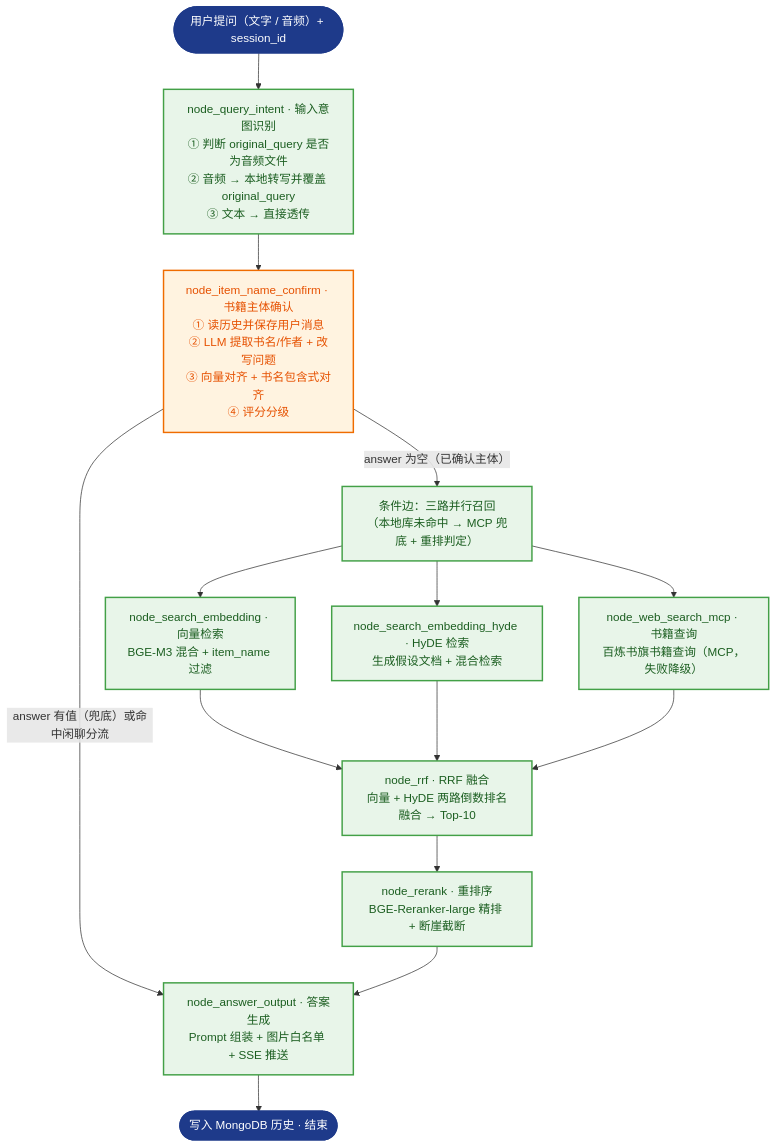
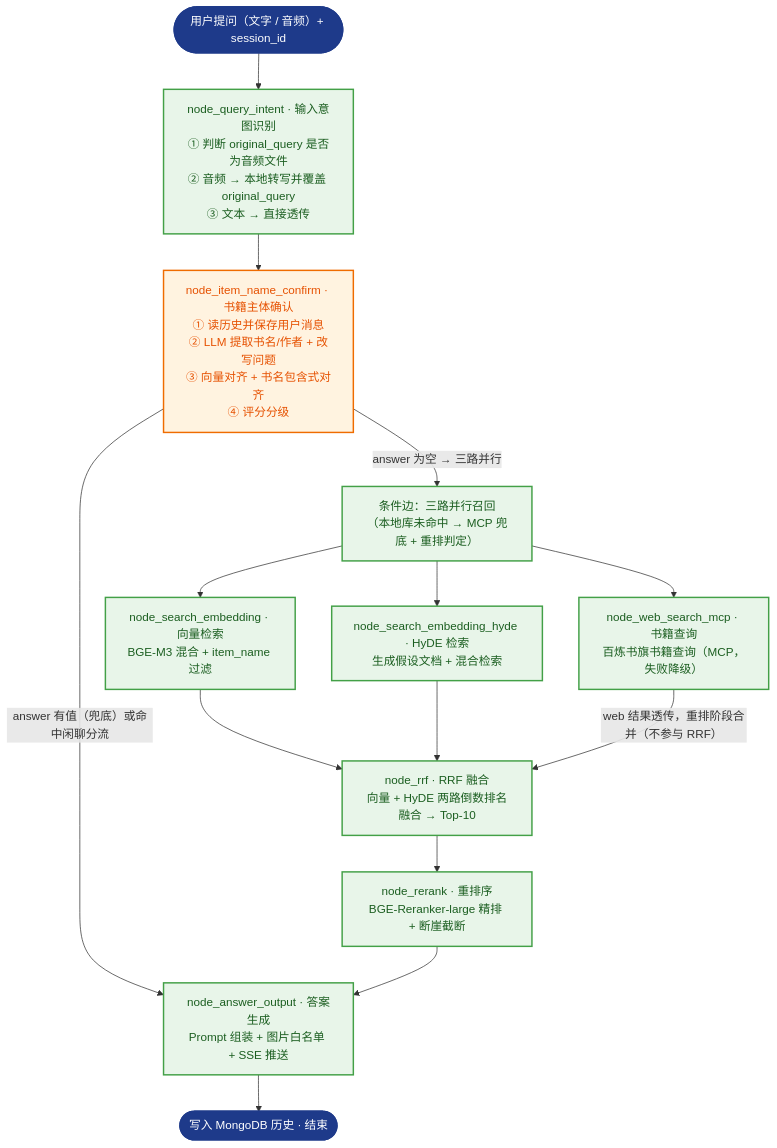
The second of 2 diagrams in README.md (Zebra0312/listenbook_rag), drawn with Mermaid before and after one commit. The commit also changed other lines of this file and 4 other files, not shown here.

````diff
--- a/README.md
+++ b/README.md
@@ -294,30 +294,30 @@
 ```mermaid
 flowchart TD
     classDef startEnd fill:#1e3a8a,stroke:#1e3a8a,color:#ffffff,stroke-width:2px,rx:14px,ry:14px;
     classDef done fill:#e8f5e9,stroke:#43a047,color:#1b5e20,stroke-width:2px;
     classDef gate fill:#fff3e0,stroke:#ef6c00,color:#e65100,stroke-width:2px;
 
     Q(["用户提问（文字 / 音频）+ session_id"]):::startEnd --> R0
 
     R0["node_query_intent · 输入意图识别<br/>① 判断 original_query 是否为音频文件<br/>② 音频 → 本地转写并覆盖 original_query<br/>③ 文本 → 直接透传"]:::done
     R0 --> R1
 
     R1["node_item_name_confirm · 书籍主体确认<br/>① 读历史并保存用户消息<br/>② LLM 提取书名/作者 + 改写问题<br/>③ 向量对齐 + 书名包含式对齐<br/>④ 评分分级"]:::gate
-    R1 -->|"answer 为空（已确认主体）"| R2
+    R1 -->|"answer 为空 → 三路并行"| R2
     R1 -->|"answer 有值（兜底）或命中闲聊分流"| R7
 
     R2["条件边：三路并行召回<br/>（本地库未命中 → MCP 兜底 + 重排判定）"]:::done
     R2 --> R3A & R3B & R3C
 
     R3A["node_search_embedding · 向量检索<br/>BGE-M3 混合 + item_name 过滤"]:::done
     R3B["node_search_embedding_hyde · HyDE 检索<br/>生成假设文档 + 混合检索"]:::done
     R3C["node_web_search_mcp · 书籍查询<br/>百炼书旗书籍查询（MCP，失败降级）"]:::done
 
     R3A --> R5
     R3B --> R5
-    R3C --> R5
+    R3C -->|"web 结果透传，重排阶段合并（不参与 RRF）"| R5
 
     R5["node_rrf · RRF 融合<br/>向量 + HyDE 两路倒数排名融合 → Top-10"]:::done --> R6["node_rerank · 重排序<br/>BGE-Reranker-large 精排 + 断崖截断"]:::done
     R6 --> R7["node_answer_output · 答案生成<br/>Prompt 组装 + 图片白名单 + SSE 推送"]:::done
     R7 --> END_D(["写入 MongoDB 历史 · 结束"]):::startEnd
 ```
````
